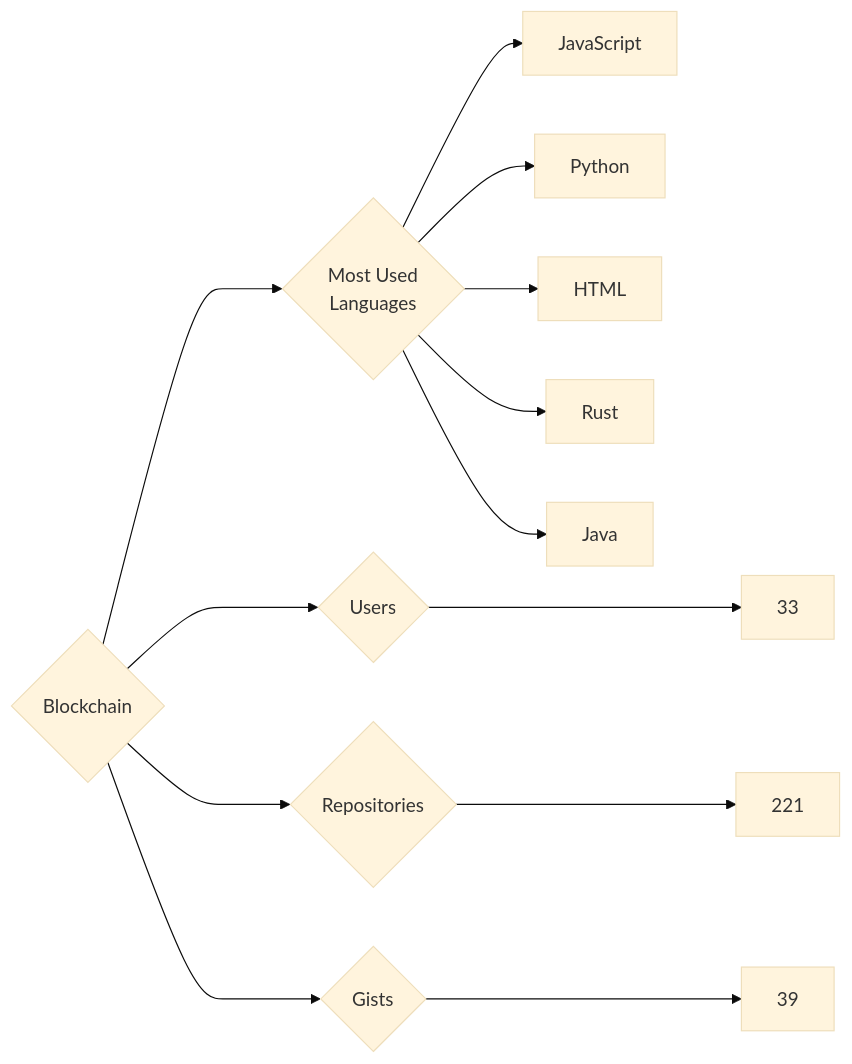
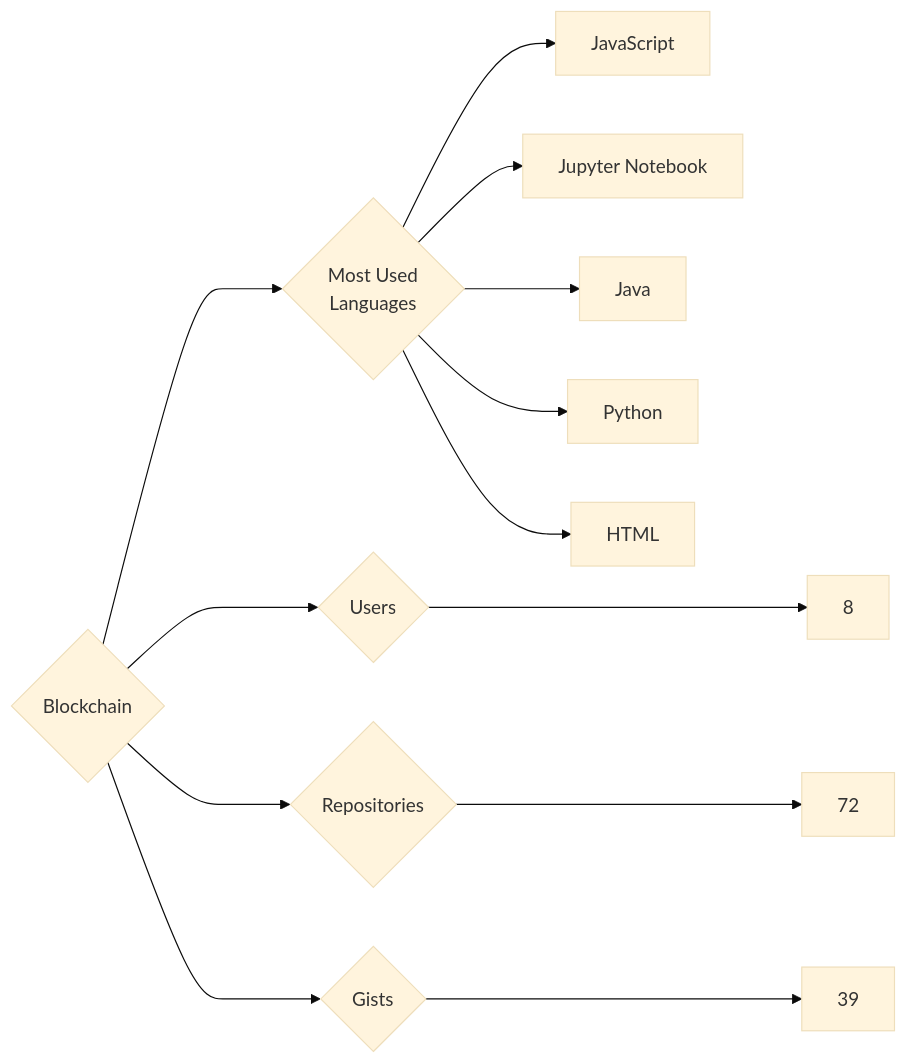
The diagram in targets/Blockchain/README.md (trickest/insiders), drawn with Mermaid (base theme) before and after one commit. The commit also changed 745 other files, not shown here.

````diff
--- a/targets/Blockchain/README.md
+++ b/targets/Blockchain/README.md
@@ -3,13 +3,13 @@
 ```mermaid
 graph LR
 COMPANY_NAME{Blockchain}
-COMPANY_NAME ---> U{Users} ---> UN[33]
-COMPANY_NAME ---> R{Repositories} ---> RN[221]
+COMPANY_NAME ---> U{Users} ---> UN[8]
+COMPANY_NAME ---> R{Repositories} ---> RN[72]
 COMPANY_NAME ---> G{Gists} ---> GN[39]
 COMPANY_NAME ---> ML{Most Used<br>Languages}
 ML --> JavaScript[JavaScript]
+ML --> Jupyter_Notebook[Jupyter Notebook]
+ML --> Java[Java]
 ML --> Python[Python]
 ML --> HTML[HTML]
-ML --> Rust[Rust]
-ML --> Java[Java]
 ```
````
